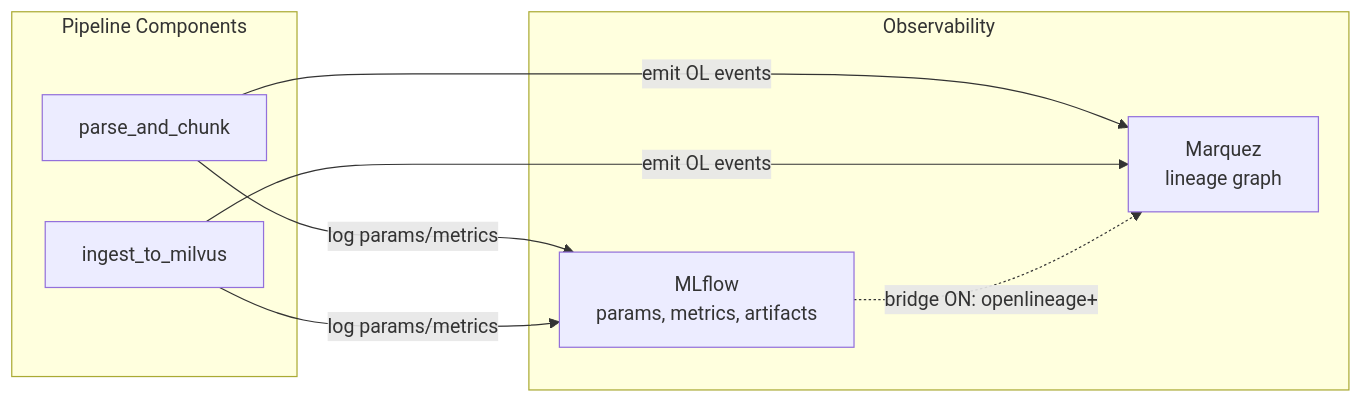
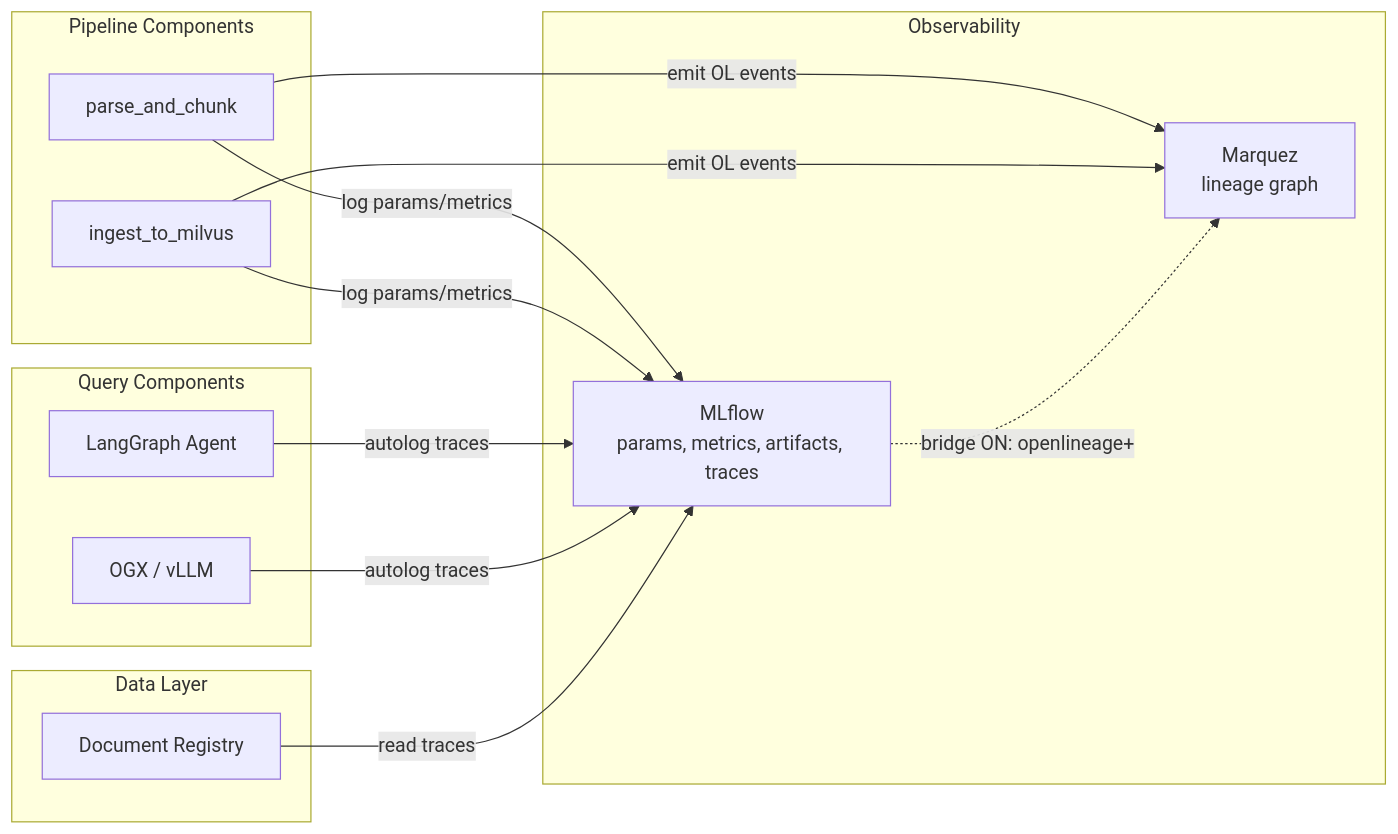
One commit to briangallagher/data-strat-poc changed the diagram in docs/technical/mlflow-integration.md. Above: the diagram before and after it, drawn with Mermaid. The commit also changed other lines of this file and 25 other files, not shown here.

````diff
--- a/docs/technical/mlflow-integration.md
+++ b/docs/technical/mlflow-integration.md
@@ -14,19 +14,31 @@
 ```mermaid
 graph LR
     subgraph "Pipeline Components"
         PC[parse_and_chunk]
         IM[ingest_to_milvus]
     end
 
+    subgraph "Query Components"
+        LG["LangGraph Agent"]
+        OGX["OGX / vLLM"]
+    end
+
     subgraph "Observability"
-        MLF[MLflow<br/>params, metrics, artifacts]
+        MLF[MLflow<br/>params, metrics, artifacts, traces]
         MQ[Marquez<br/>lineage graph]
+    end
+
+    subgraph "Data Layer"
+        REG["Document Registry"]
     end
 
     PC -->|log params/metrics| MLF
     IM -->|log params/metrics| MLF
+    LG -->|"autolog traces"| MLF
+    OGX -->|"autolog traces"| MLF
+    REG -->|"read traces"| MLF
     PC -->|emit OL events| MQ
     IM -->|emit OL events| MQ
 
     MLF -.->|bridge ON: openlineage+| MQ
 ```
````
